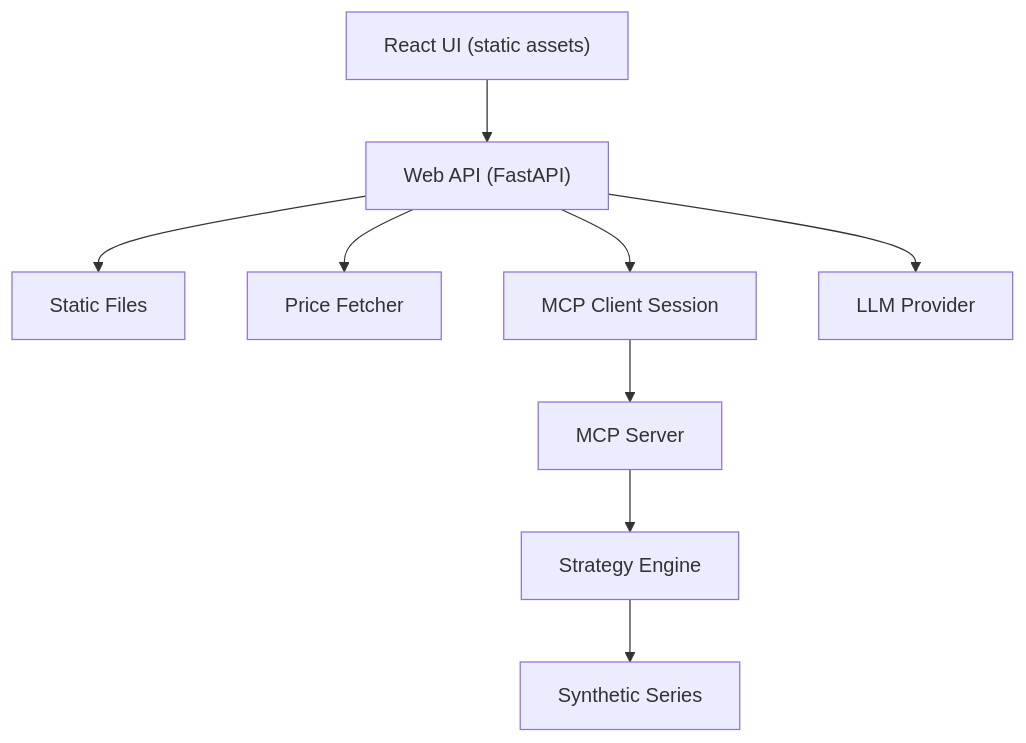
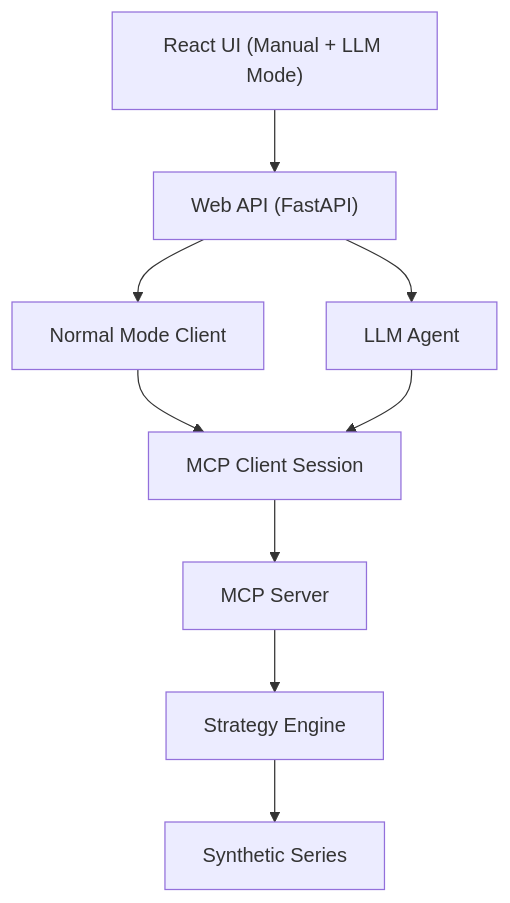
Before and after one commit to kpmatta/quant_strategy_lab: the diagram in docs/architecture.md, drawn with Mermaid. The commit also changed other lines of this file and 4 other files, not shown here.

````diff
--- a/docs/architecture.md
+++ b/docs/architecture.md
@@ -9,11 +9,11 @@
 ```mermaid
 flowchart TB
-    ui["React UI (static assets)"] --> api["Web API (FastAPI)"]
-    api --> static["Static Files"]
-    api --> price["Price Fetcher"]
-    api --> mcpclient["MCP Client Session"]
-    api --> llm["LLM Provider"]
+    ui["React UI (Manual + LLM Mode)"] --> api["Web API (FastAPI)"]
+    api --> normal["Normal Mode Client"]
+    api --> agent["LLM Agent"]
+    normal --> mcpclient["MCP Client Session"]
+    agent --> mcpclient
     mcpclient --> mcp["MCP Server"]
     mcp --> engine["Strategy Engine"]
     engine --> synth["Synthetic Series"]
 ```
````
